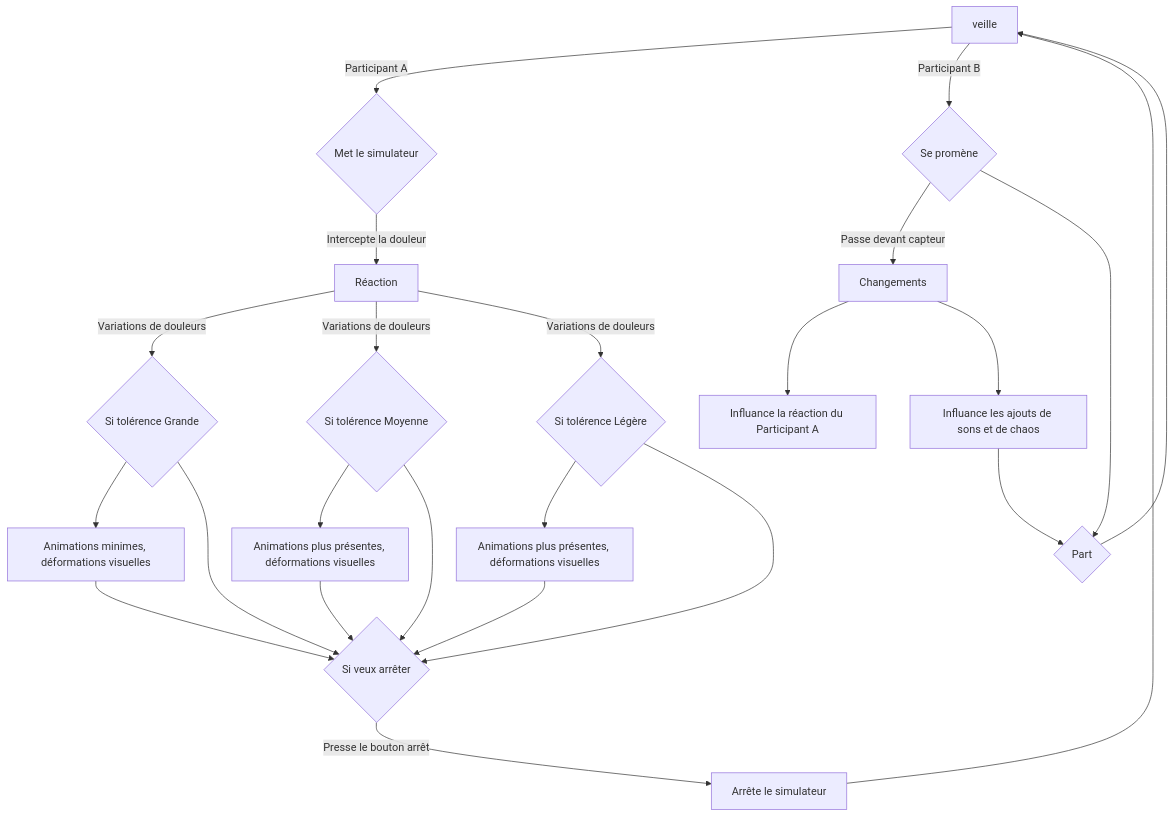
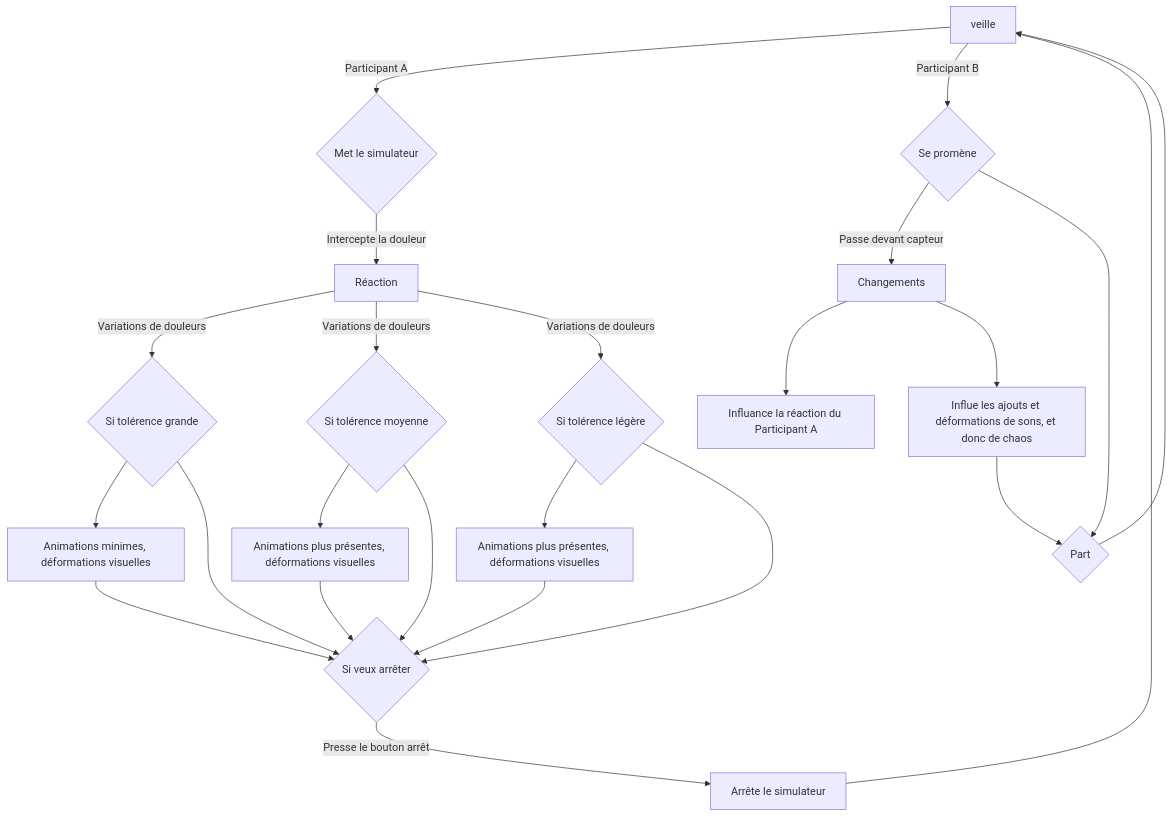
Before and after one commit to KenzaElHarrif/scenarisation_kenza: the diagram in README.md, drawn with Mermaid. The commit also changed other lines of this file, not shown here.

````diff
--- a/README.md
+++ b/README.md
@@ -26,36 +28,36 @@
 ```mermaid
 graph TD;
     A[veille]--Participant A-->B{Met le simulateur};
     
     B --Intercepte la douleur--> C[Réaction];
     
-    C --Variations de douleurs --> D{Si tolérence Grande};
+    C --Variations de douleurs --> D{Si tolérence grande};
     D --> G[Animations minimes, déformations visuelles]
     D --> J{Si veux arrêter};
     G --> J;
     
 
-    C --Variations de douleurs --> E{Si tolérence Moyenne};
+    C --Variations de douleurs --> E{Si tolérence moyenne};
     E --> H[Animations plus présentes, déformations visuelles];
     E --> J;
     H --> J;
 
 
-    C --Variations de douleurs --> F{Si tolérence Légère};
+    C --Variations de douleurs --> F{Si tolérence légère};
     F --> I[Animations plus présentes, déformations visuelles];
     F --> J;
     I --> J;
     
 
     J -- Presse le bouton arrêt --> K[Arrête le simulateur];
     K --> A;
     
     A --Participant B-->L{Se promène};
     L -- Passe devant capteur--> M[Changements];
     M --> N[Influance la réaction du Participant A];
-    M --> O[Influance les ajouts de sons et de chaos];
+    M --> O[Influe les ajouts et déformations de sons, et donc de chaos];
     O --> P{Part};
     L --> P;
     P --> A;
     
 ```
````
